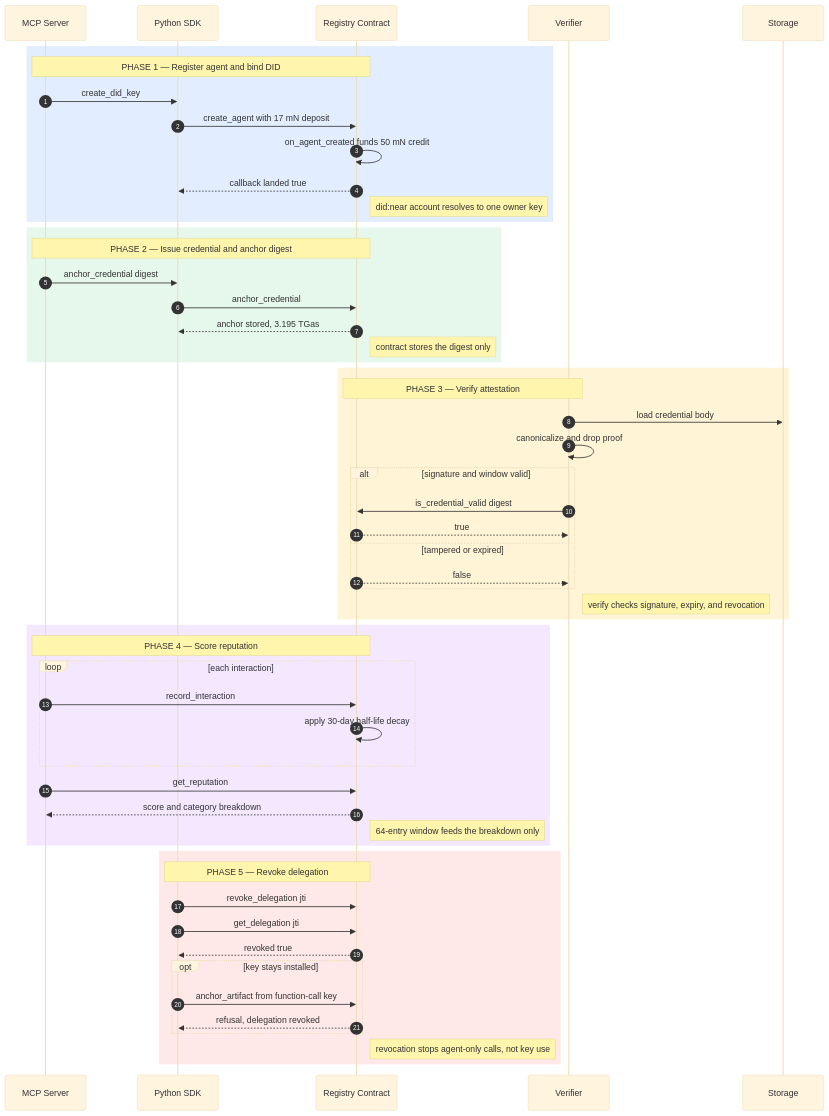
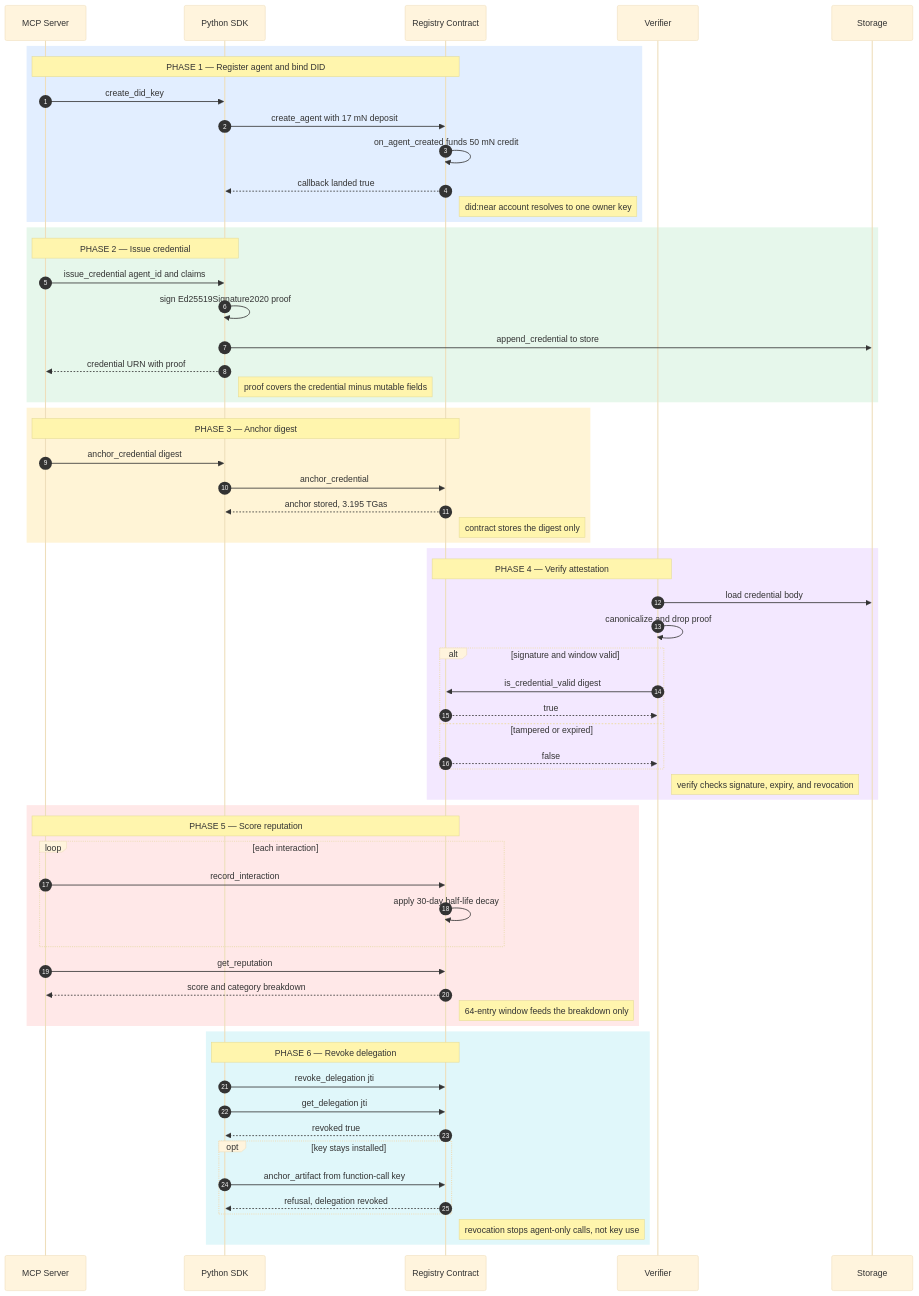
The diagram in README.md (patrickfield152-del/agent-identity-registry), drawn with Mermaid before and after one commit.

Commit message:
docs(skjold): expand diagram to 6 phases

````diff
--- a/README.md
+++ b/README.md
@@ -6,58 +6,66 @@
 ```mermaid
 %%{init: {"theme":"base","themeVariables":{"fontSize":"14px"}}}%%
 sequenceDiagram
     autonumber
     participant M as MCP Server
     participant S as Python SDK
     participant C as Registry Contract
     participant V as Verifier
     participant T as Storage
     rect rgb(226,238,255)
     Note over M,C: PHASE 1 — Register agent and bind DID
     M->>S: create_did_key
     S->>C: create_agent with 17 mN deposit
     C->>C: on_agent_created funds 50 mN credit
     C-->>S: callback landed true
     Note right of C: did:near account resolves to one owner key
     end
     rect rgb(230,247,235)
-    Note over M,C: PHASE 2 — Issue credential and anchor digest
+    Note over M,S: PHASE 2 — Issue credential
+    M->>S: issue_credential agent_id and claims
+    S->>S: sign Ed25519Signature2020 proof
+    S->>T: append_credential to store
+    S-->>M: credential URN with proof
+    Note right of S: proof covers the credential minus mutable fields
+    end
+    rect rgb(255,244,214)
+    Note over M,C: PHASE 3 — Anchor digest
     M->>S: anchor_credential digest
     S->>C: anchor_credential
     C-->>S: anchor stored, 3.195 TGas
     Note right of C: contract stores the digest only
     end
-    rect rgb(255,244,214)
-    Note over V,C: PHASE 3 — Verify attestation
+    rect rgb(243,232,255)
+    Note over V,C: PHASE 4 — Verify attestation
     V->>T: load credential body
     V->>V: canonicalize and drop proof
     alt signature and window valid
         V->>C: is_credential_valid digest
         C-->>V: true
     else tampered or expired
         C-->>V: false
     end
     Note right of V: verify checks signature, expiry, and revocation
     end
-    rect rgb(243,232,255)
-    Note over M,C: PHASE 4 — Score reputation
+    rect rgb(255,232,232)
+    Note over M,C: PHASE 5 — Score reputation
     loop each interaction
         M->>C: record_interaction
         C->>C: apply 30-day half-life decay
     end
     M->>C: get_reputation
     C-->>M: score and category breakdown
     Note right of C: 64-entry window feeds the breakdown only
     end
-    rect rgb(255,232,232)
-    Note over S,C: PHASE 5 — Revoke delegation
+    rect rgb(224,247,250)
+    Note over S,C: PHASE 6 — Revoke delegation
     S->>C: revoke_delegation jti
     S->>C: get_delegation jti
     C-->>S: revoked true
     opt key stays installed
         S->>C: anchor_artifact from function-call key
         C-->>S: refusal, delegation revoked
     end
     Note right of C: revocation stops agent-only calls, not key use
     end
 ```
````
